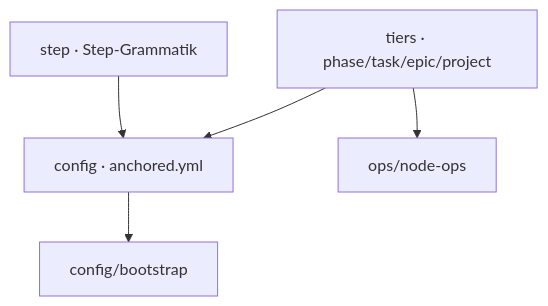
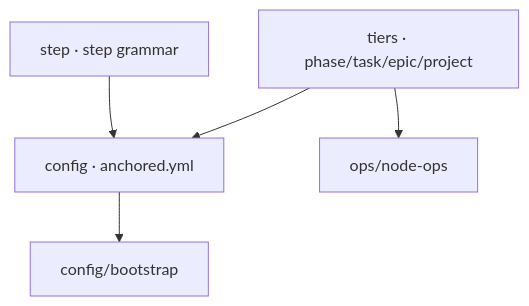
The diagram in docs/core/schema/_schema.md (chafoo/anchored), drawn with Mermaid before and after one commit. The commit also changed other lines of this file and 131 other files, not shown here.

````diff
--- a/docs/core/schema/_schema.md
+++ b/docs/core/schema/_schema.md
@@ -10,7 +10,7 @@
 ```mermaid
 flowchart TB
-    step["step · Step-Grammatik"] --> cfg["config · anchored.yml"]
+    step["step · step grammar"] --> cfg["config · anchored.yml"]
     tiers["tiers · phase/task/epic/project"] --> cfg
     cfg --> boot["config/bootstrap"]
     tiers --> ops["ops/node-ops"]
 ```
````
